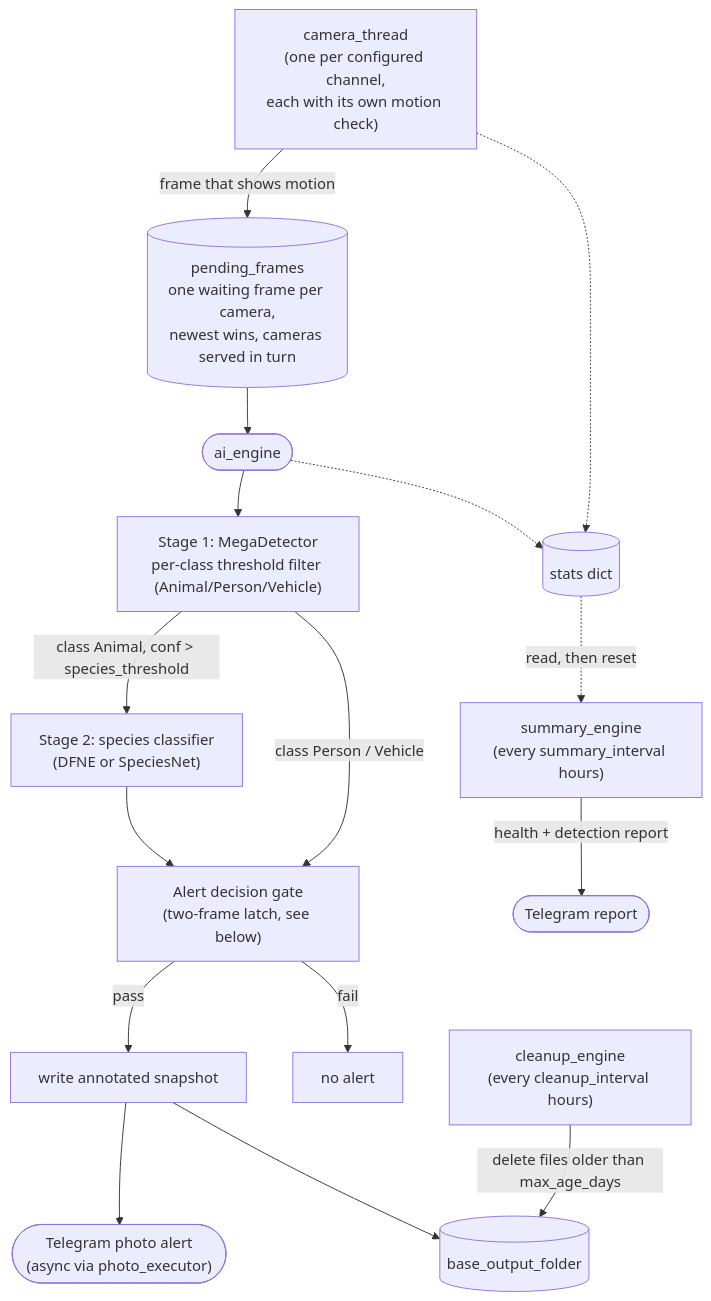
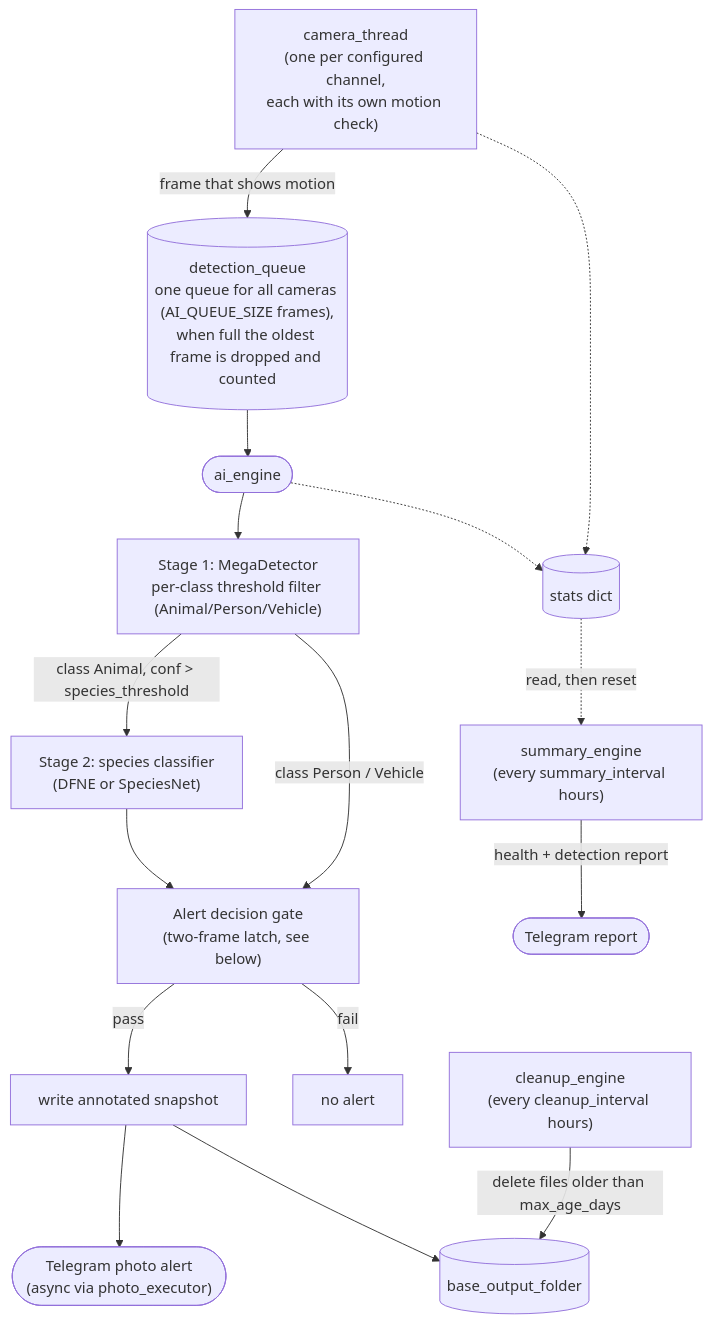
The first of 2 diagrams in README.md (maximkonovalov/animalscatcher), drawn with Mermaid before and after one commit. The commit also changed other lines of this file and 4 other files, not shown here.

````diff
--- a/README.md
+++ b/README.md
@@ -349,25 +381,25 @@
 ```mermaid
 flowchart TD
     C["camera_thread<br/>(one per configured channel,<br/>each with its own motion check)"] -->|frame that shows motion| Q
 
-    Q[("pending_frames<br/>one waiting frame per camera,<br/>newest wins, cameras served in turn")] --> AI(["ai_engine"])
+    Q[("detection_queue<br/>one queue for all cameras (AI_QUEUE_SIZE frames),<br/>when full the oldest frame is dropped and counted")] --> AI(["ai_engine"])
 
     AI --> MD["Stage 1: MegaDetector<br/>per-class threshold filter (Animal/Person/Vehicle)"]
     MD -->|"class Animal, conf > species_threshold"| SC["Stage 2: species classifier<br/>(DFNE or SpeciesNet)"]
     MD -->|"class Person / Vehicle"| Gate
     SC --> Gate["Alert decision gate<br/>(two-frame latch, see below)"]
 
     Gate -->|pass| Snap["write annotated snapshot"]
     Gate -->|fail| NoOp["no alert"]
     Snap --> TG(["Telegram photo alert<br/>(async via photo_executor)"])
     Snap --> Out[("base_output_folder")]
 
     Stats[("stats dict")]
     C -.-> Stats
     AI -.-> Stats
 
     Sum["summary_engine<br/>(every summary_interval hours)"] -->|health + detection report| TG2(["Telegram report"])
     Stats -.->|read, then reset| Sum
 
     Clean["cleanup_engine<br/>(every cleanup_interval hours)"] -->|delete files older than max_age_days| Out
 ```
````
